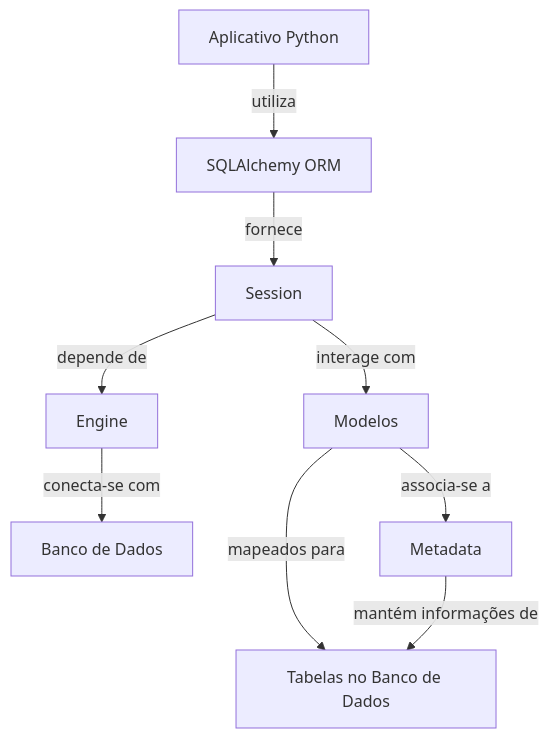
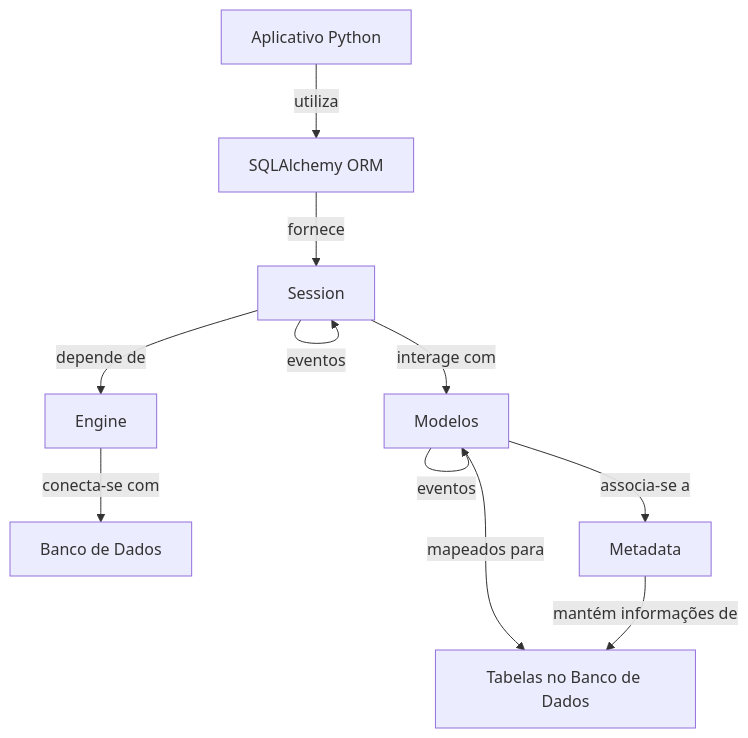
The first of 3 diagrams in aulas/04.md (dunossauro/fastapi-do-zero), drawn with Mermaid before and after one commit. The commit also changed other lines of this file and 18 other files, not shown here.

````diff
--- a/aulas/04.md
+++ b/aulas/04.md
@@ -218,11 +219,13 @@
 ```mermaid
 graph
   A[Aplicativo Python] -- utiliza --> B[SQLAlchemy ORM]
   B -- fornece --> D[Session]
+  D -- eventos --> D
   D -- interage com --> C[Modelos]
+  C -- eventos --> C
   C -- mapeados para --> G[Tabelas no Banco de Dados]
   D -- depende de --> E[Engine]
   E -- conecta-se com --> F[Banco de Dados]
   C -- associa-se a --> H[Metadata]
   H -- mantém informações de --> G[Tabelas no Banco de Dados]
 ```
````
